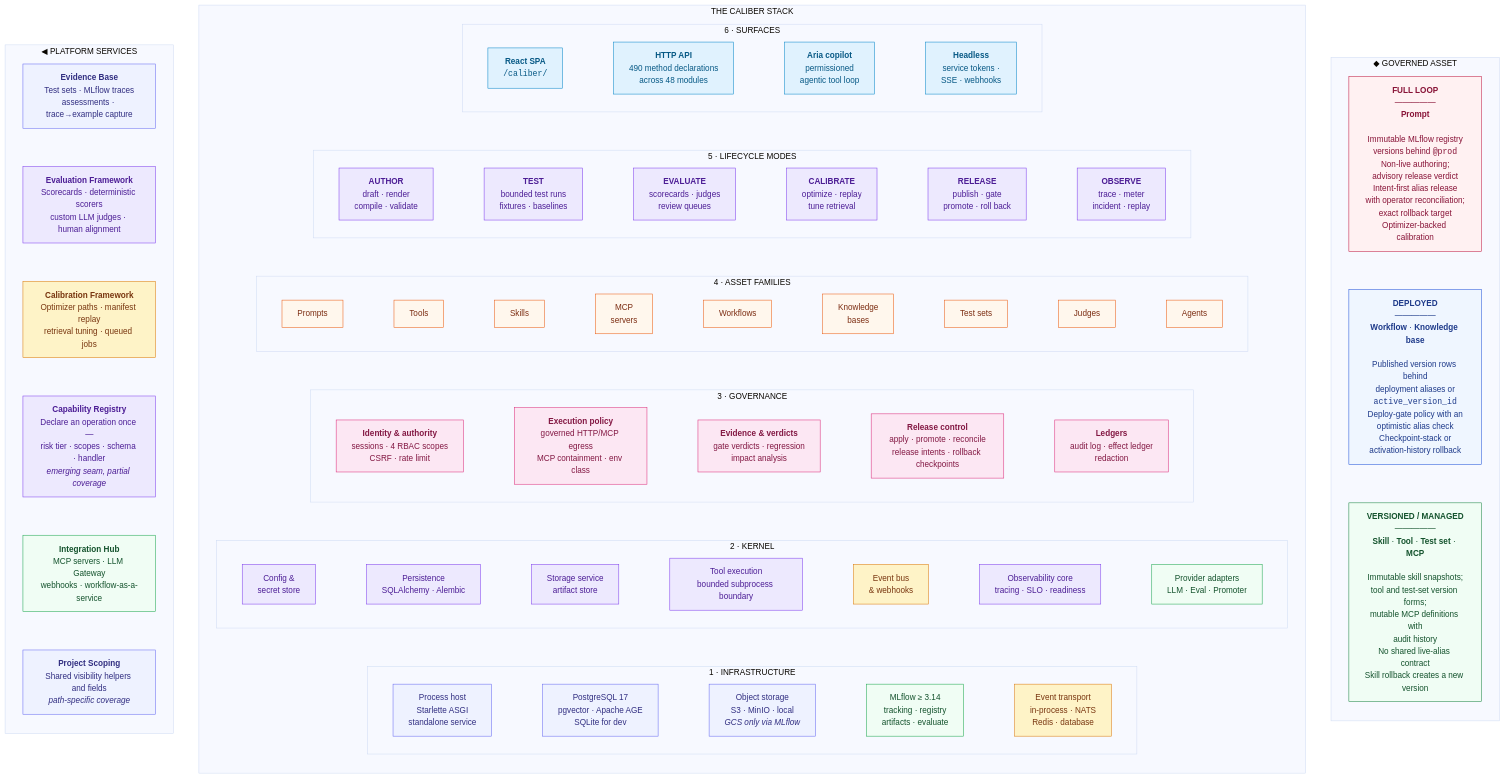
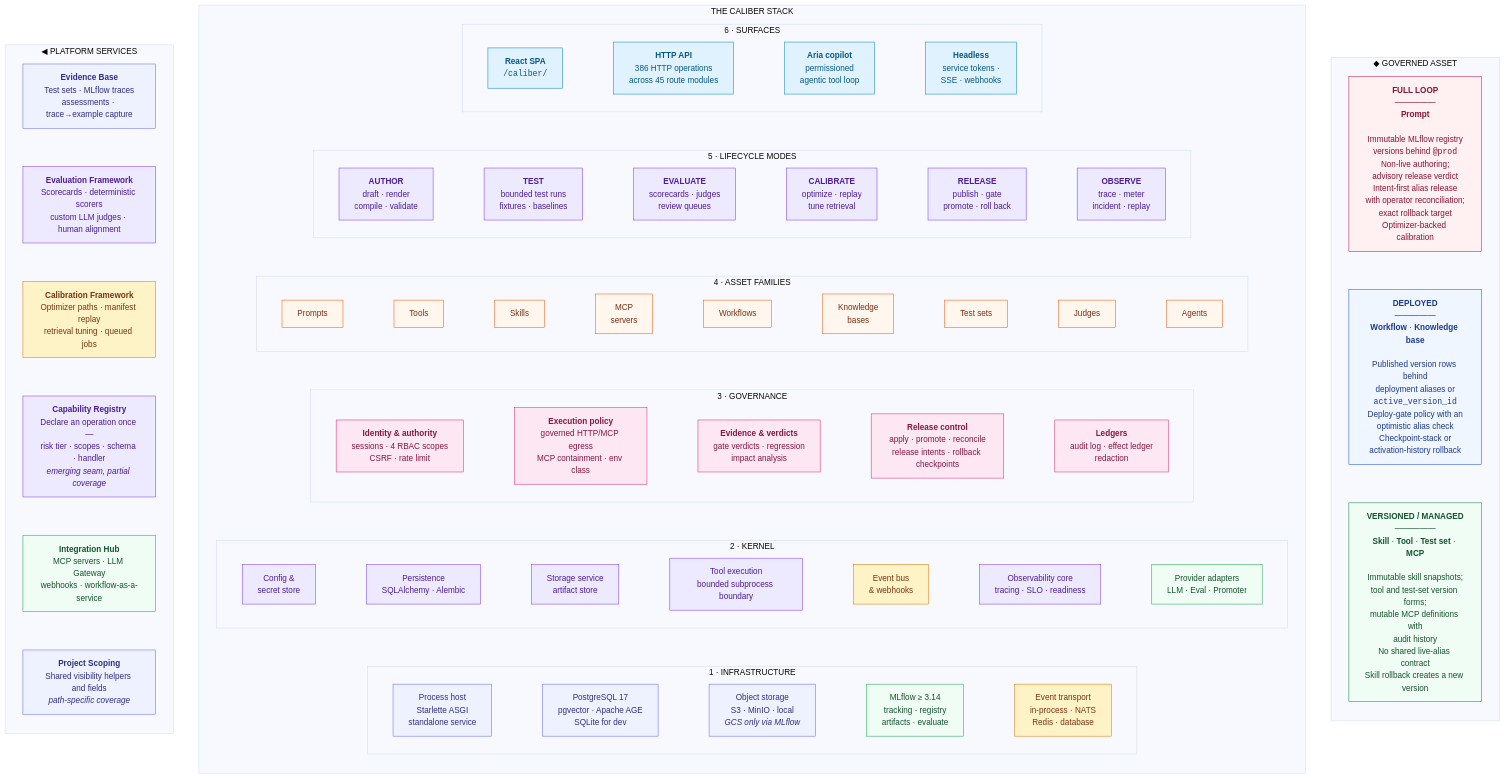
The first of 8 diagrams in ARCHITECTURE.md (rrahimi-uci/caliber-suite), drawn with Mermaid (base theme) before and after one commit. The commit also changed other lines of this file and 32 other files, not shown here.

```diff
--- a/ARCHITECTURE.md
+++ b/ARCHITECTURE.md
@@ -105,7 +105,7 @@
     subgraph L6["6 · SURFACES"]
       direction LR
       s1["<b>React SPA</b><br/><code>/caliber/</code>"]:::ui
-      s2["<b>HTTP API</b><br/>490 method declarations<br/>across 48 modules"]:::ui
+      s2["<b>HTTP API</b><br/>386 HTTP operations<br/>across 45 route modules"]:::ui
       s3["<b>Aria copilot</b><br/>permissioned<br/>agentic tool loop"]:::ui
       s4["<b>Headless</b><br/>service tokens ·<br/>SSE · webhooks"]:::ui
       s1 --- s2 --- s3 --- s4
```
